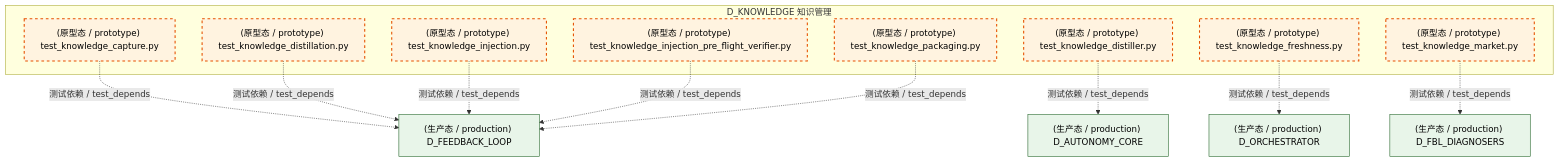
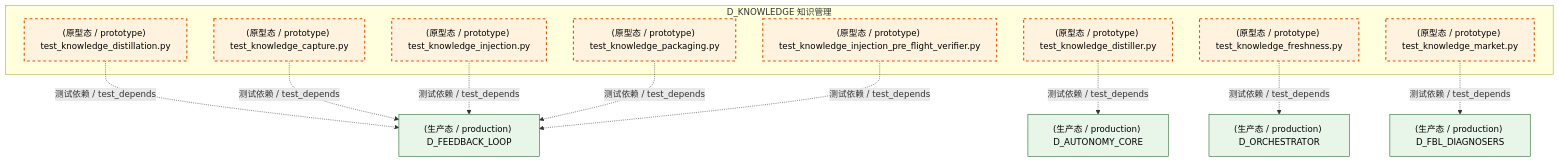
One commit to xuanFelixVan/ZephyrAlpha changed the second of 5 diagrams in docs/02_enterprise_architecture/02_domain_architecture_docs/48_d_knowledge.md. Above: the diagram before and after it, drawn with Mermaid. The commit also changed other lines of this file and 101 other files, not shown here.

````diff
--- a/docs/02_enterprise_architecture/02_domain_architecture_docs/48_d_knowledge.md
+++ b/docs/02_enterprise_architecture/02_domain_architecture_docs/48_d_knowledge.md
@@ -176,31 +176,31 @@
 ```mermaid
 graph TD
     subgraph D_KNOWLEDGE["D_KNOWLEDGE 知识管理"]
         tests_knowledge_engine_test_knowledge_capture_py["(原型态 / prototype) test_knowledge_capture.py"]
         tests_knowledge_engine_test_knowledge_distillation_py["(原型态 / prototype) test_knowledge_distillation.py"]
         tests_knowledge_engine_test_knowledge_distiller_py["(原型态 / prototype) test_knowledge_distiller.py"]
         tests_knowledge_engine_test_knowledge_freshness_py["(原型态 / prototype) test_knowledge_freshness.py"]
         tests_knowledge_engine_test_knowledge_injection_py["(原型态 / prototype) test_knowledge_injection.py"]
         tests_knowledge_engine_test_knowledge_injection_pre_flight_verifier_py["(原型态 / prototype) test_knowledge_injection_pre_flight_verifier.py"]
         tests_knowledge_engine_test_knowledge_market_py["(原型态 / prototype) test_knowledge_market.py"]
         tests_knowledge_engine_test_knowledge_packaging_py["(原型态 / prototype) test_knowledge_packaging.py"]
     end
     D_FEEDBACK_LOOP["(生产态 / production) D_FEEDBACK_LOOP"]
-    tests_knowledge_engine_test_knowledge_capture_py -.->|测试依赖 / test_depends| D_FEEDBACK_LOOP
+    tests_knowledge_engine_test_knowledge_distillation_py -.->|测试依赖 / test_depends| D_FEEDBACK_LOOP
     D_AUTONOMY_CORE["(生产态 / production) D_AUTONOMY_CORE"]
     tests_knowledge_engine_test_knowledge_distiller_py -.->|测试依赖 / test_depends| D_AUTONOMY_CORE
-    tests_knowledge_engine_test_knowledge_distillation_py -.->|测试依赖 / test_depends| D_FEEDBACK_LOOP
-    tests_knowledge_engine_test_knowledge_injection_py -.->|测试依赖 / test_depends| D_FEEDBACK_LOOP
-    tests_knowledge_engine_test_knowledge_injection_pre_flight_verifier_py -.->|测试依赖 / test_depends| D_FEEDBACK_LOOP
-    tests_knowledge_engine_test_knowledge_packaging_py -.->|测试依赖 / test_depends| D_FEEDBACK_LOOP
+    tests_knowledge_engine_test_knowledge_capture_py -.->|测试依赖 / test_depends| D_FEEDBACK_LOOP
     D_FBL_DIAGNOSERS["(生产态 / production) D_FBL_DIAGNOSERS"]
     tests_knowledge_engine_test_knowledge_market_py -.->|测试依赖 / test_depends| D_FBL_DIAGNOSERS
+    tests_knowledge_engine_test_knowledge_injection_py -.->|测试依赖 / test_depends| D_FEEDBACK_LOOP
+    tests_knowledge_engine_test_knowledge_packaging_py -.->|测试依赖 / test_depends| D_FEEDBACK_LOOP
+    tests_knowledge_engine_test_knowledge_injection_pre_flight_verifier_py -.->|测试依赖 / test_depends| D_FEEDBACK_LOOP
     D_ORCHESTRATOR["(生产态 / production) D_ORCHESTRATOR"]
     tests_knowledge_engine_test_knowledge_freshness_py -.->|测试依赖 / test_depends| D_ORCHESTRATOR
     classDef production fill:#e1f5fe,stroke:#01579b,stroke-width:2px,color:#000
     classDef design fill:#fff3e0,stroke:#e65100,stroke-width:2px,color:#000,stroke-dasharray: 5 5
     classDef external_prod fill:#e8f5e9,stroke:#1b5e20,stroke-width:1px,color:#000
     classDef external_design fill:#fce4ec,stroke:#880e4f,stroke-width:1px,color:#000,stroke-dasharray: 5 5
     class tests_knowledge_engine_test_knowledge_capture_py,tests_knowledge_engine_test_knowledge_distillation_py,tests_knowledge_engine_test_knowledge_distiller_py,tests_knowledge_engine_test_knowledge_freshness_py,tests_knowledge_engine_test_knowledge_injection_py,tests_knowledge_engine_test_knowledge_injection_pre_flight_verifier_py,tests_knowledge_engine_test_knowledge_market_py,tests_knowledge_engine_test_knowledge_packaging_py design
     class D_FEEDBACK_LOOP,D_AUTONOMY_CORE,D_FBL_DIAGNOSERS,D_ORCHESTRATOR external_prod
 ```
````
